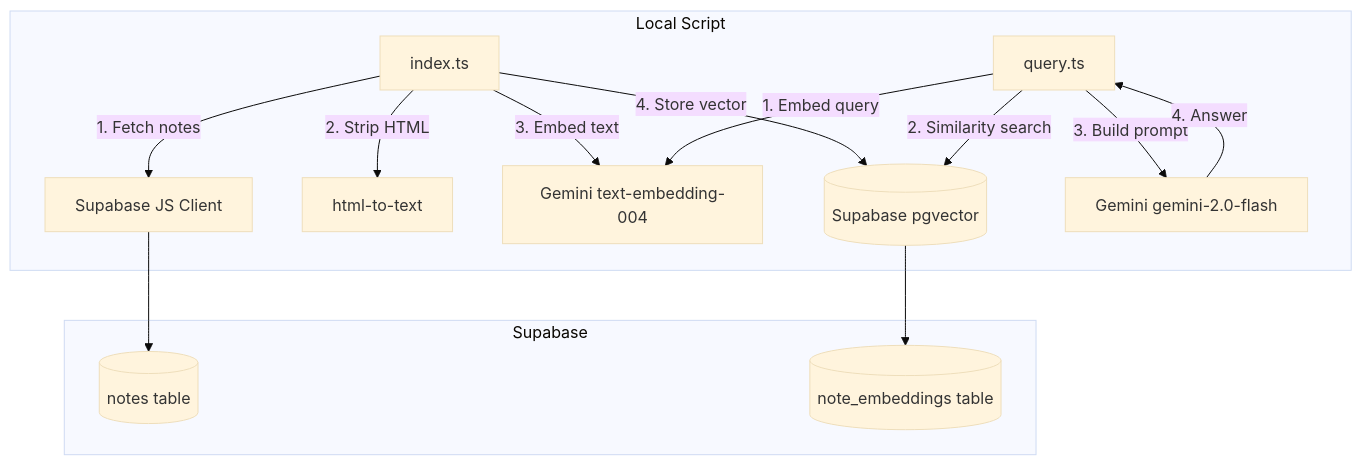
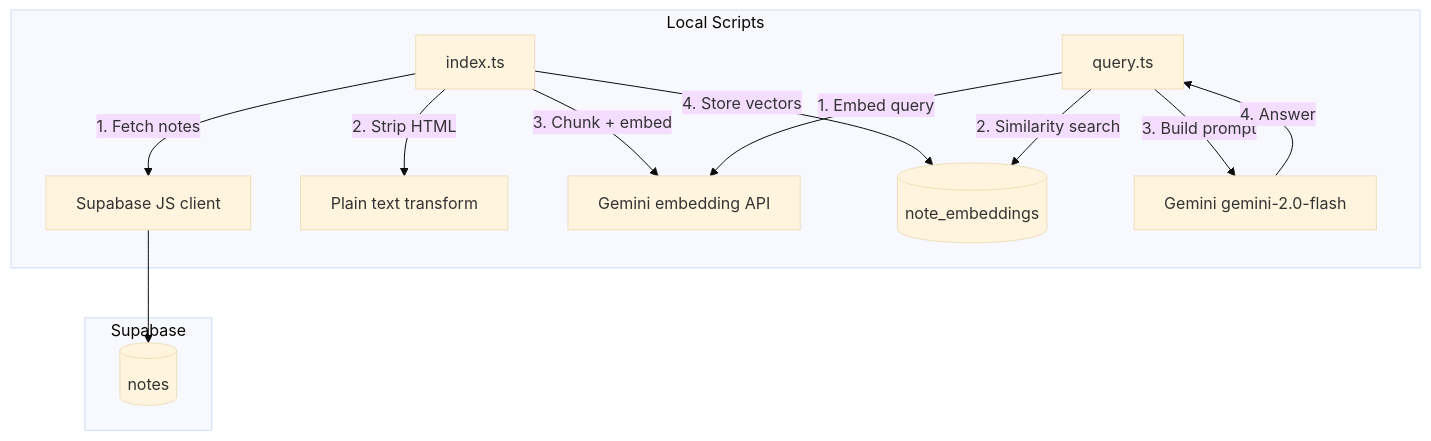
One commit to koreyba/EverFreeNote changed the diagram in docs/ai/design/feature-rag-note-indexing.md. Above: the diagram before and after it, drawn with Mermaid (base theme). The commit also changed other lines of this file and 10 other files, not shown here.

````diff
--- a/docs/ai/design/feature-rag-note-indexing.md
+++ b/docs/ai/design/feature-rag-note-indexing.md
@@ -11,19 +11,18 @@
 ```mermaid
 graph TD
-    subgraph Local Script
-        A[index.ts] -->|1. Fetch notes| B[Supabase JS Client]
-        A -->|2. Strip HTML| C[html-to-text]
-        A -->|3. Embed text| D[Gemini text-embedding-004]
-        A -->|4. Store vector| E[(Supabase pgvector)]
+    subgraph Local Scripts
+        A[index.ts] -->|1. Fetch notes| B[Supabase JS client]
+        A -->|2. Strip HTML| C[Plain text transform]
+        A -->|3. Chunk + embed| D[Gemini embedding API]
+        A -->|4. Store vectors| E[(note_embeddings)]
 
         F[query.ts] -->|1. Embed query| D
         F -->|2. Similarity search| E
         F -->|3. Build prompt| G[Gemini gemini-2.0-flash]
         G -->|4. Answer| F
     end
 
     subgraph Supabase
-        B --> H[(notes table)]
-        E --> I[(note_embeddings table)]
+        B --> H[(notes)]
     end
 ```
````
